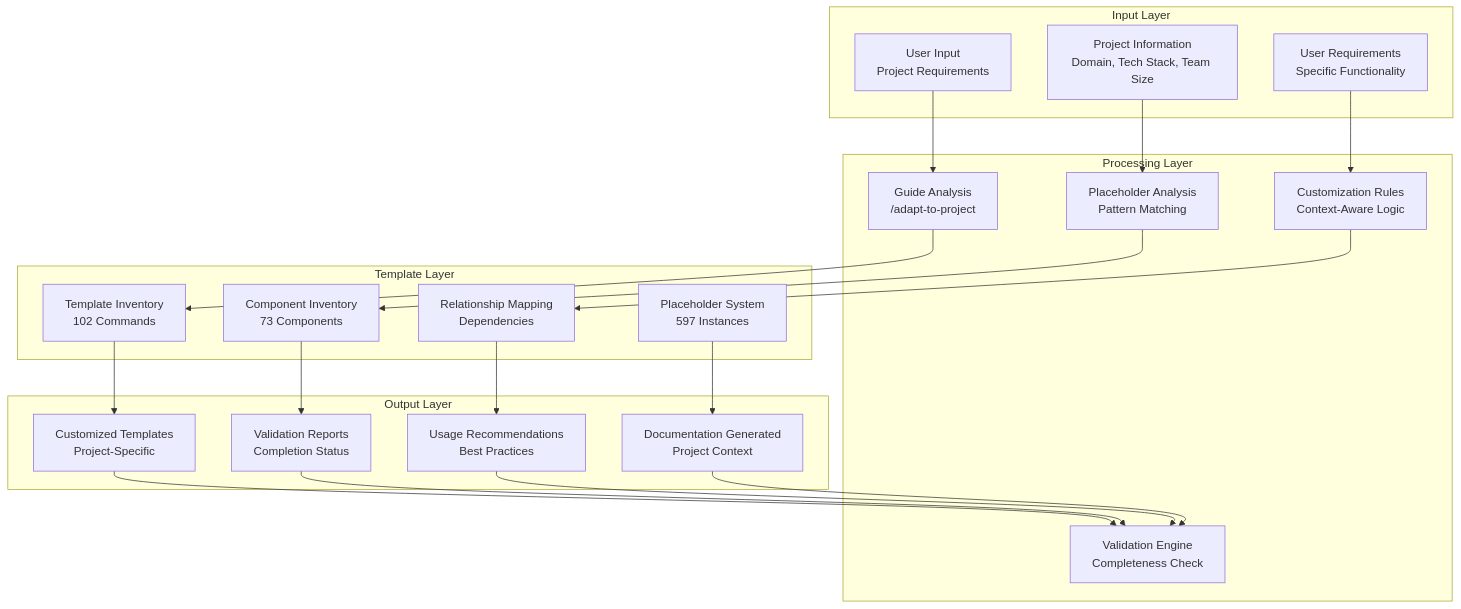
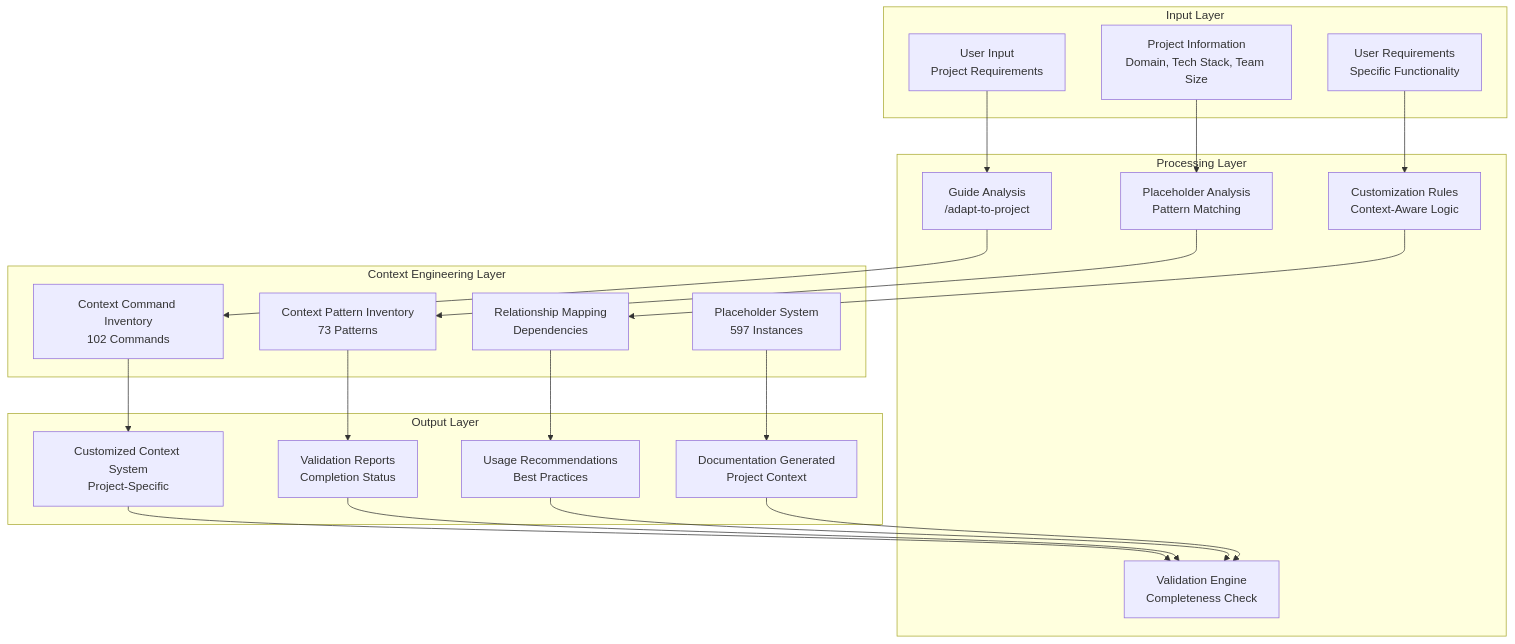
The first of 10 diagrams in reports/architecture/DETAILED-SYSTEM-ARCHITECTURE.md (swm-sink/claude-code-modular-prompts), drawn with Mermaid before and after one commit. The commit also changed other lines of this file and 4 other files, not shown here.

First line of the commit message:
cleanup(context): Steps 61-65 - Clean reports/architecture/ and reports/deployment/ terminology

````diff
--- a/reports/architecture/DETAILED-SYSTEM-ARCHITECTURE.md
+++ b/reports/architecture/DETAILED-SYSTEM-ARCHITECTURE.md
@@ -7,47 +7,47 @@
 ```mermaid
 flowchart TD
     subgraph "Input Layer"
         UI[User Input<br/>Project Requirements]
         PI[Project Information<br/>Domain, Tech Stack, Team Size]
         UR[User Requirements<br/>Specific Functionality]
     end
     
     subgraph "Processing Layer"
         GA[Guide Analysis<br/>/adapt-to-project]
         PA[Placeholder Analysis<br/>Pattern Matching]
         CR[Customization Rules<br/>Context-Aware Logic]
         VE[Validation Engine<br/>Completeness Check]
     end
     
-    subgraph "Template Layer"
-        TI[Template Inventory<br/>102 Commands]
-        CI[Component Inventory<br/>73 Components]
+    subgraph "Context Engineering Layer"
+        TI[Context Command Inventory<br/>102 Commands]
+        CI[Context Pattern Inventory<br/>73 Patterns]
         RM[Relationship Mapping<br/>Dependencies]
         PS[Placeholder System<br/>597 Instances]
     end
     
     subgraph "Output Layer"
-        CT[Customized Templates<br/>Project-Specific]
+        CT[Customized Context System<br/>Project-Specific]
         VR[Validation Reports<br/>Completion Status]
         UR_OUT[Usage Recommendations<br/>Best Practices]
         DG[Documentation Generated<br/>Project Context]
     end
     
     UI --> GA
     PI --> PA
     UR --> CR
     
     GA --> TI
     PA --> CI
     CR --> RM
     
     TI --> CT
     CI --> VR
     RM --> UR_OUT
     PS --> DG
     
     CT --> VE
     VR --> VE
     UR_OUT --> VE
     DG --> VE
 ```
````
